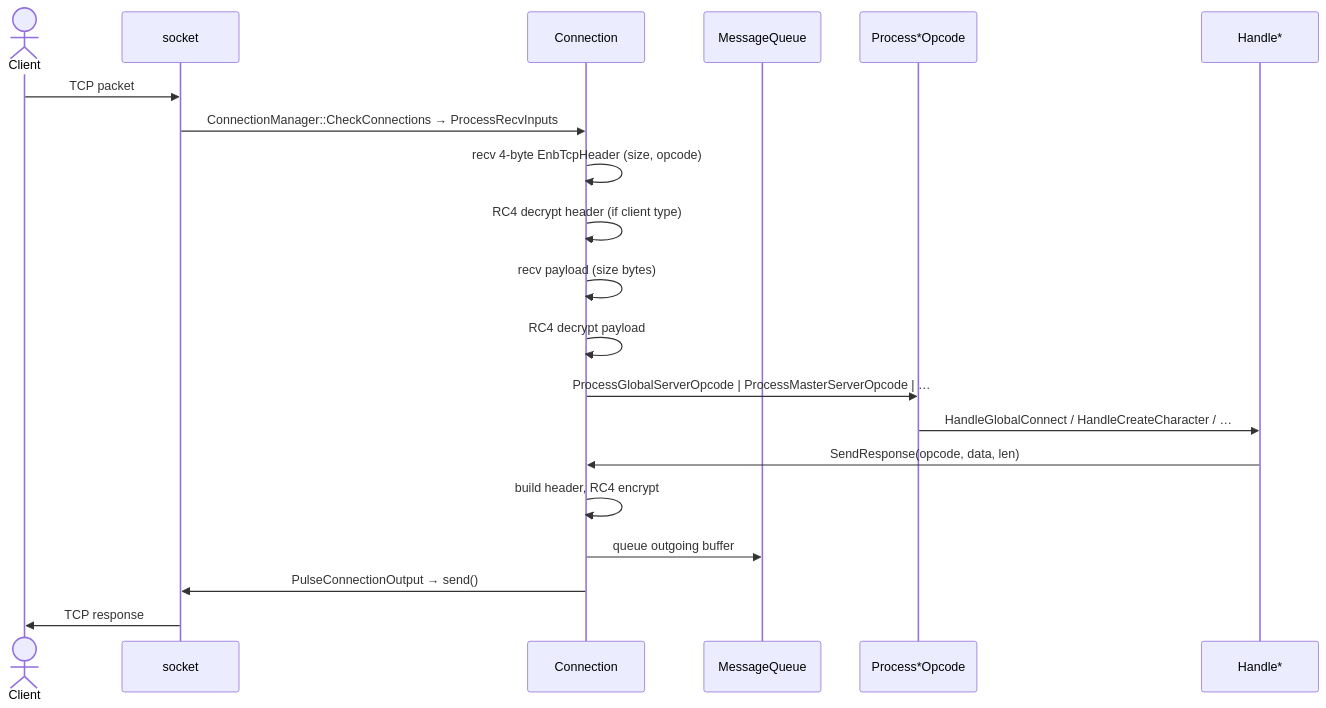
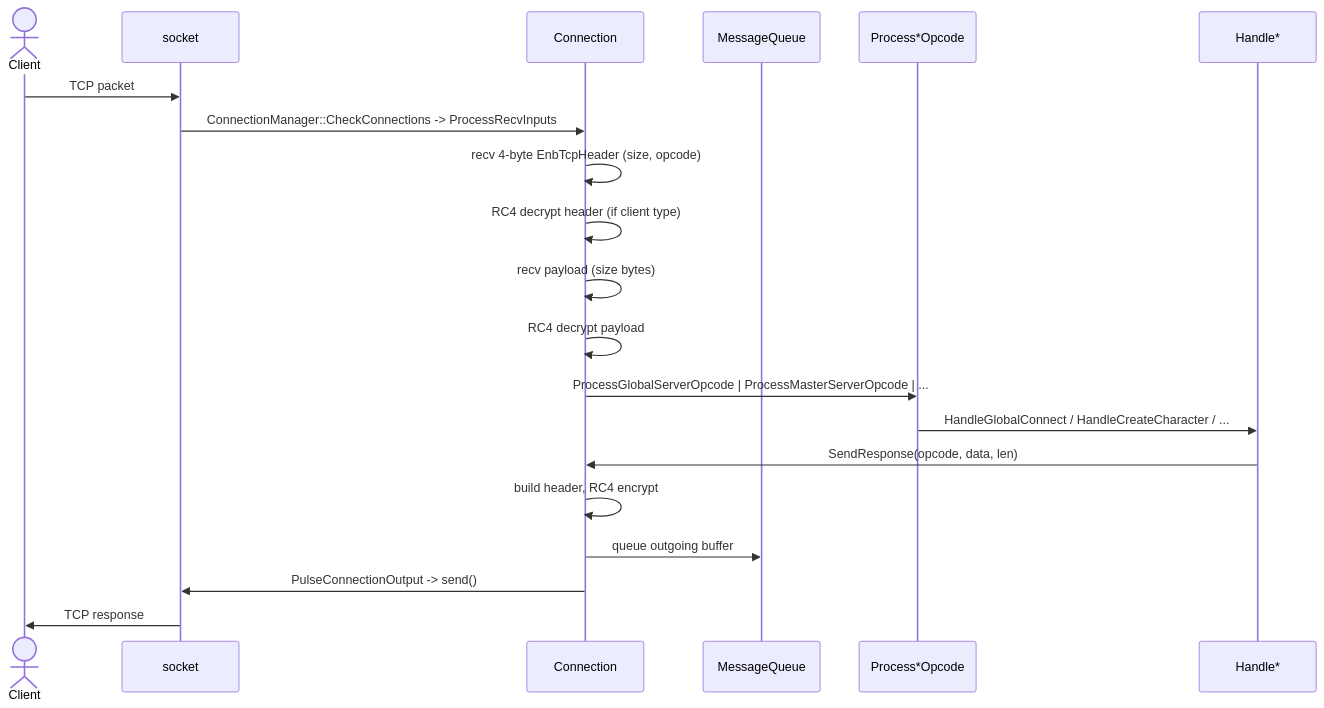
The third of 3 diagrams in docs/04-server-modules.md (sigseg1v/enb-emulator), drawn with Mermaid before and after one commit. The commit also changed other lines of this file and 17 other files, not shown here.

````diff
--- a/docs/04-server-modules.md
+++ b/docs/04-server-modules.md
@@ -1088,23 +1118,23 @@
 ```mermaid
 sequenceDiagram
     actor Client
     participant Sock as socket
     participant Conn as Connection
     participant MQ as MessageQueue
     participant Dispatch as Process*Opcode
     participant Handler as Handle*
 
     Client->>Sock: TCP packet
-    Sock->>Conn: ConnectionManager::CheckConnections → ProcessRecvInputs
+    Sock->>Conn: ConnectionManager::CheckConnections -> ProcessRecvInputs
     Conn->>Conn: recv 4-byte EnbTcpHeader (size, opcode)
     Conn->>Conn: RC4 decrypt header (if client type)
     Conn->>Conn: recv payload (size bytes)
     Conn->>Conn: RC4 decrypt payload
-    Conn->>Dispatch: ProcessGlobalServerOpcode | ProcessMasterServerOpcode | …
-    Dispatch->>Handler: HandleGlobalConnect / HandleCreateCharacter / …
+    Conn->>Dispatch: ProcessGlobalServerOpcode | ProcessMasterServerOpcode | ...
+    Dispatch->>Handler: HandleGlobalConnect / HandleCreateCharacter / ...
     Handler->>Conn: SendResponse(opcode, data, len)
     Conn->>Conn: build header, RC4 encrypt
     Conn->>MQ: queue outgoing buffer
-    Conn->>Sock: PulseConnectionOutput → send()
+    Conn->>Sock: PulseConnectionOutput -> send()
     Sock->>Client: TCP response
 ```
````
